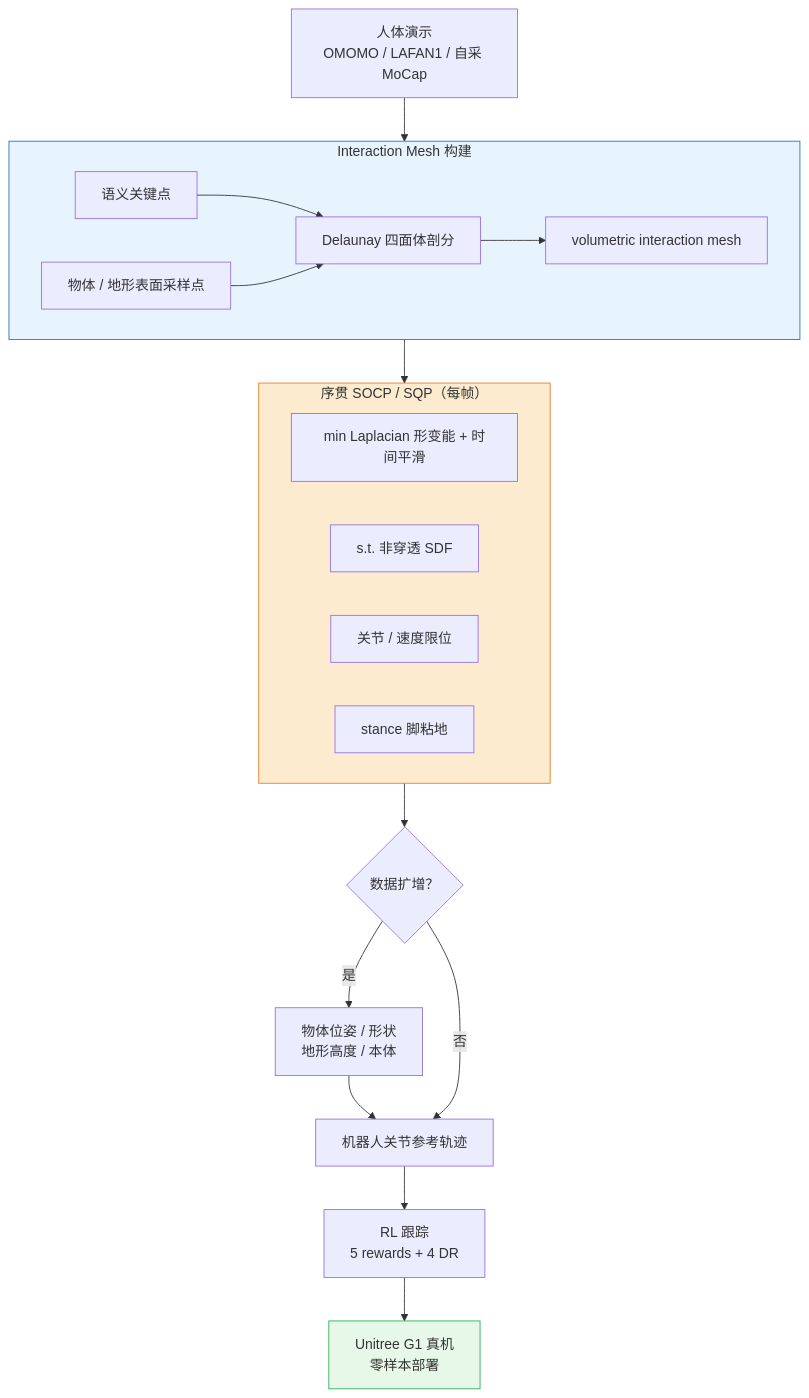
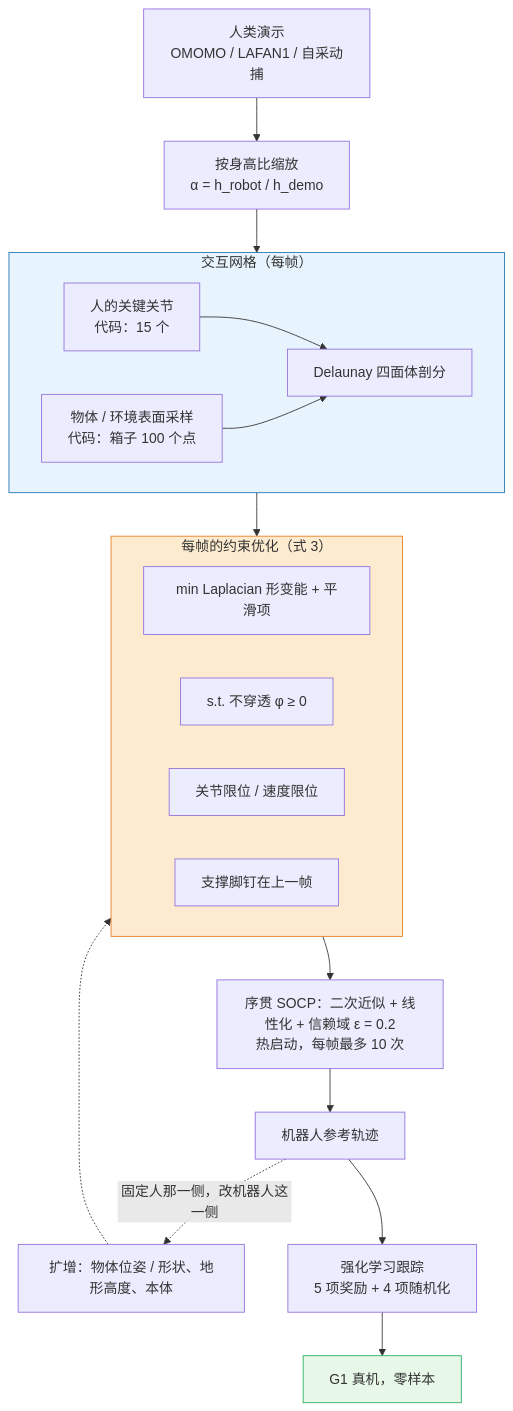
The second of 6 diagrams in papers/02_Motion_Retargeting/OmniRetarget__Interaction-Preserving_Data_Generation_for_Humanoid_Whole-Body_Loc/OmniRetarget__Interaction-Preserving_Data_Generation_for_Humanoid_Whole-Body_Loc.md (ImChong/Robot_Learning_Paper_Notebooks), drawn with Mermaid before and after one commit. The commit also changed other lines of this file, not shown here.

```diff
--- a/papers/02_Motion_Retargeting/OmniRetarget__Interaction-Preserving_Data_Generation_for_Humanoid_Whole-Body_Loc/OmniRetarget__Interaction-Preserving_Data_Generation_for_Humanoid_Whole-Body_Loc.md
+++ b/papers/02_Motion_Retargeting/OmniRetarget__Interaction-Preserving_Data_Generation_for_Humanoid_Whole-Body_Loc/OmniRetarget__Interaction-Preserving_Data_Generation_for_Humanoid_Whole-Body_Loc.md
@@ -181,30 +173,30 @@
 <div class="mermaid">
 flowchart TB
-    DEMO["人体演示<br/>OMOMO / LAFAN1 / 自采 MoCap"] --> MESH
+    DEMO["人类演示<br/>OMOMO / LAFAN1 / 自采动捕"] --> SC["按身高比缩放<br/>α = h_robot / h_demo"]
+    SC --> MESH
 
-    subgraph MESH["Interaction Mesh 构建"]
-        KP["语义关键点"] --> DEL["Delaunay 四面体剖分"]
-        SAMP["物体 / 地形表面采样点"] --> DEL
-        DEL --> IM["volumetric interaction mesh"]
+    subgraph MESH["交互网格（每帧）"]
+        KP["人的关键关节<br/>代码：15 个"] --> DEL["Delaunay 四面体剖分"]
+        SAMP["物体 / 环境表面采样<br/>代码：箱子 100 个点"] --> DEL
     end
 
     MESH --> OPT
 
-    subgraph OPT["序贯 SOCP / SQP（每帧）"]
-        OBJ["min Laplacian 形变能 + 时间平滑"]
-        C1["s.t. 非穿透 SDF"]
-        C2["关节 / 速度限位"]
-        C3["stance 脚粘地"]
+    subgraph OPT["每帧的约束优化（式 3）"]
+        OBJ["min Laplacian 形变能 + 平滑项"]
+        C1["s.t. 不穿透 φ ≥ 0"]
+        C2["关节限位 / 速度限位"]
+        C3["支撑脚钉在上一帧"]
     end
 
-    OPT --> AUG{"数据扩增？"}
-    AUG -->|是| VAR["物体位姿 / 形状<br/>地形高度 / 本体"]
-    VAR --> REF
-    AUG -->|否| REF["机器人关节参考轨迹"]
-    REF --> RL["RL 跟踪<br/>5 rewards + 4 DR"]
-    RL --> HW["Unitree G1 真机<br/>零样本部署"]
+    OPT --> SOCP["序贯 SOCP：二次近似 + 线性化 + 信赖域 ε = 0.2<br/>热启动，每帧最多 10 次"]
+    SOCP --> REF["机器人参考轨迹"]
+    REF -.->|"固定人那一侧，改机器人这一侧"| AUG["扩增：物体位姿 / 形状、地形高度、本体"]
+    AUG -.-> OPT
+    REF --> RL["强化学习跟踪<br/>5 项奖励 + 4 项随机化"]
+    RL --> HW["G1 真机，零样本"]
 
     style MESH fill:#e8f4fd,stroke:#1f78b4
     style OPT fill:#fdebd0,stroke:#e67e22
     style HW fill:#e8f8e8,stroke:#27ae60
 </div>
```
